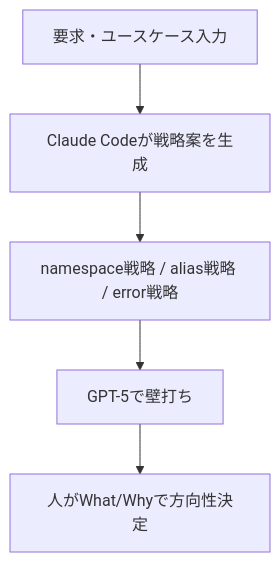
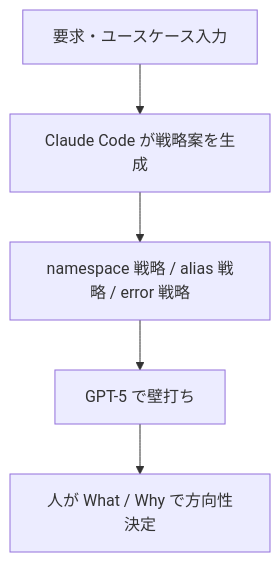
One commit to himorishige/zenn-contents changed the first of 3 diagrams in articles/hatago-with-ai-dlc.md. Above: the diagram before and after it, drawn with Mermaid. The commit also changed other lines of this file, not shown here.

````diff
--- a/articles/hatago-with-ai-dlc.md
+++ b/articles/hatago-with-ai-dlc.md
@@ -49,7 +49,7 @@
 ```mermaid
 flowchart TD
-  A[要求・ユースケース入力] --> B[Claude Codeが戦略案を生成]
-  B --> C[namespace戦略 / alias戦略 / error戦略]
-  C --> D[GPT-5で壁打ち]
-  D --> E[人がWhat/Whyで方向性決定]
+  A[要求・ユースケース入力] --> B[Claude Code が戦略案を生成]
+  B --> C[namespace 戦略 / alias 戦略 / error 戦略]
+  C --> D[GPT-5 で壁打ち]
+  D --> E[人が What / Why で方向性決定]
 ```
````
